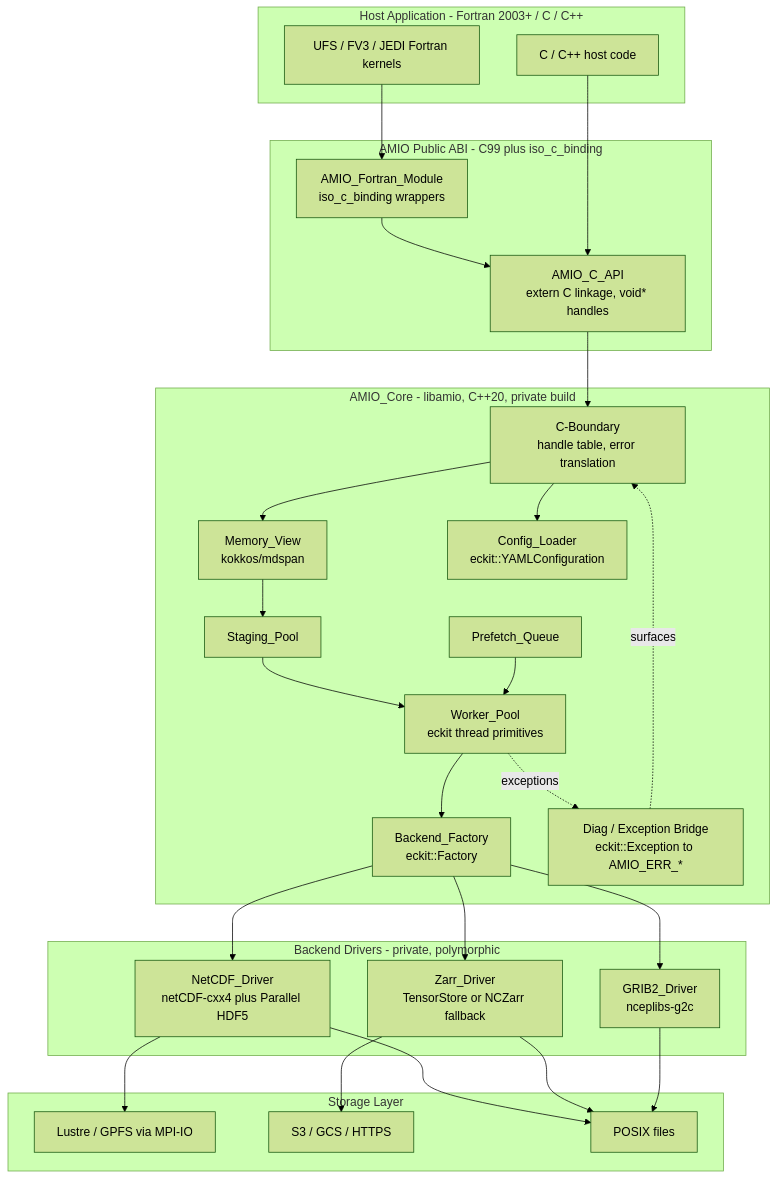
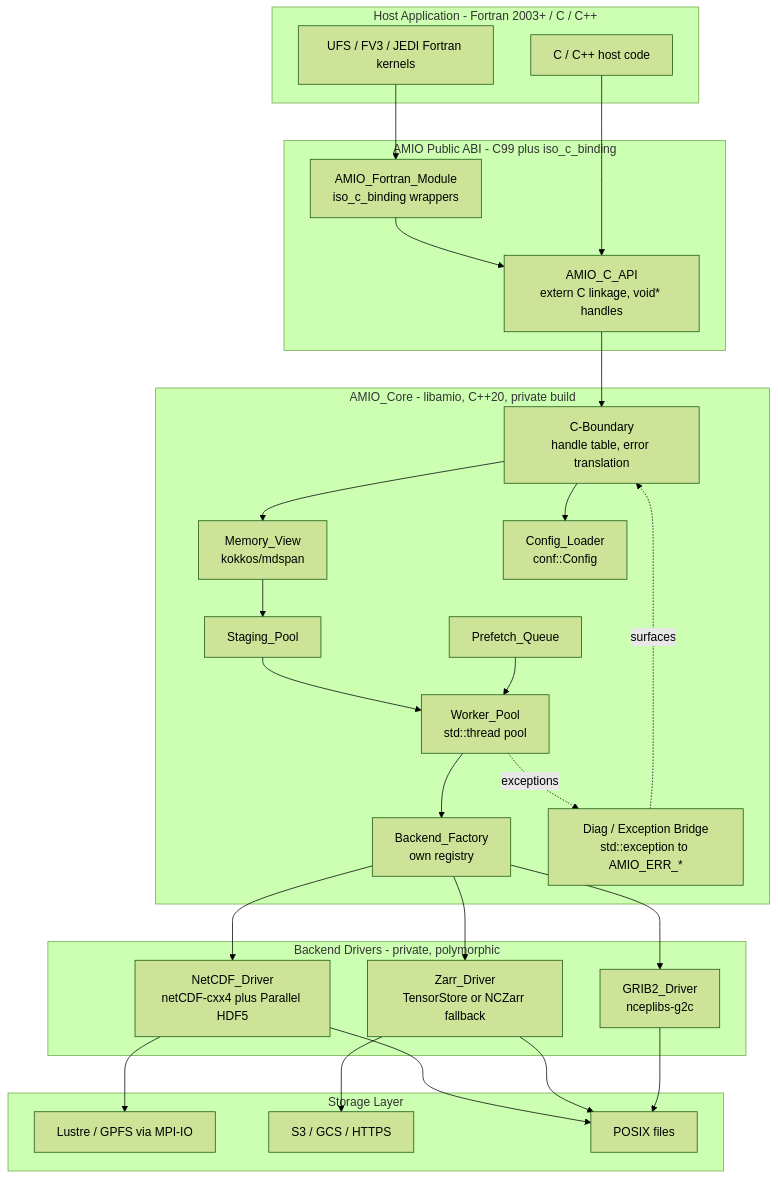
The first of 5 diagrams in libs/amio/docs/site/architecture.md (NOAA-EMC/HELM), drawn with Mermaid (forest theme) before and after one commit. The commit also changed other lines of this file and 21 other files, not shown here.

````diff
--- a/libs/amio/docs/site/architecture.md
+++ b/libs/amio/docs/site/architecture.md
@@ -20,56 +20,56 @@
 ```mermaid
 flowchart TB
     subgraph HOST["Host Application - Fortran 2003+ / C / C++"]
         FORTRAN["UFS / FV3 / JEDI Fortran kernels"]
         C_HOST["C / C++ host code"]
     end
 
     subgraph FFI["AMIO Public ABI - C99 plus iso_c_binding"]
         FORT_MOD["AMIO_Fortran_Module<br/>iso_c_binding wrappers"]
         C_API["AMIO_C_API<br/>extern C linkage, void* handles"]
     end
 
     subgraph CORE["AMIO_Core - libamio, C++20, private build"]
         BOUNDARY["C-Boundary<br/>handle table, error translation"]
         VIEW["Memory_View<br/>kokkos/mdspan"]
         STAGE["Staging_Pool"]
         PFQ["Prefetch_Queue"]
-        WORKER["Worker_Pool<br/>eckit thread primitives"]
-        FACTORY["Backend_Factory<br/>eckit::Factory"]
-        CFG["Config_Loader<br/>eckit::YAMLConfiguration"]
-        DIAG["Diag / Exception Bridge<br/>eckit::Exception to AMIO_ERR_*"]
+        WORKER["Worker_Pool<br/>std::thread pool"]
+        FACTORY["Backend_Factory<br/>own registry"]
+        CFG["Config_Loader<br/>conf::Config"]
+        DIAG["Diag / Exception Bridge<br/>std::exception to AMIO_ERR_*"]
     end
 
     subgraph DRIVERS["Backend Drivers - private, polymorphic"]
         NC4["NetCDF_Driver<br/>netCDF-cxx4 plus Parallel HDF5"]
         ZARR["Zarr_Driver<br/>TensorStore or NCZarr fallback"]
         G2["GRIB2_Driver<br/>nceplibs-g2c"]
     end
 
     subgraph STORAGE["Storage Layer"]
         LUSTRE["Lustre / GPFS via MPI-IO"]
         OBJ["S3 / GCS / HTTPS"]
         FILE["POSIX files"]
     end
 
     FORTRAN --> FORT_MOD
     FORT_MOD --> C_API
     C_HOST --> C_API
     C_API --> BOUNDARY
     BOUNDARY --> VIEW
     BOUNDARY --> CFG
     VIEW --> STAGE
     STAGE --> WORKER
     PFQ --> WORKER
     WORKER --> FACTORY
     FACTORY --> NC4
     FACTORY --> ZARR
     FACTORY --> G2
     NC4 --> LUSTRE
     NC4 --> FILE
     ZARR --> OBJ
     ZARR --> FILE
     G2 --> FILE
     DIAG -.surfaces.-> BOUNDARY
     WORKER -.exceptions.-> DIAG
 ```
````
